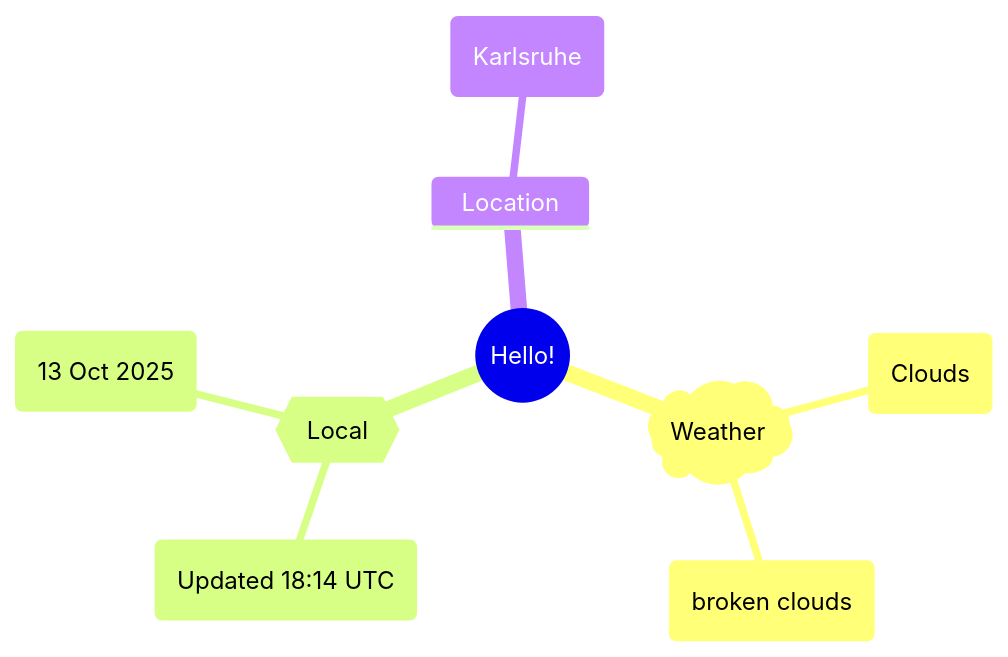
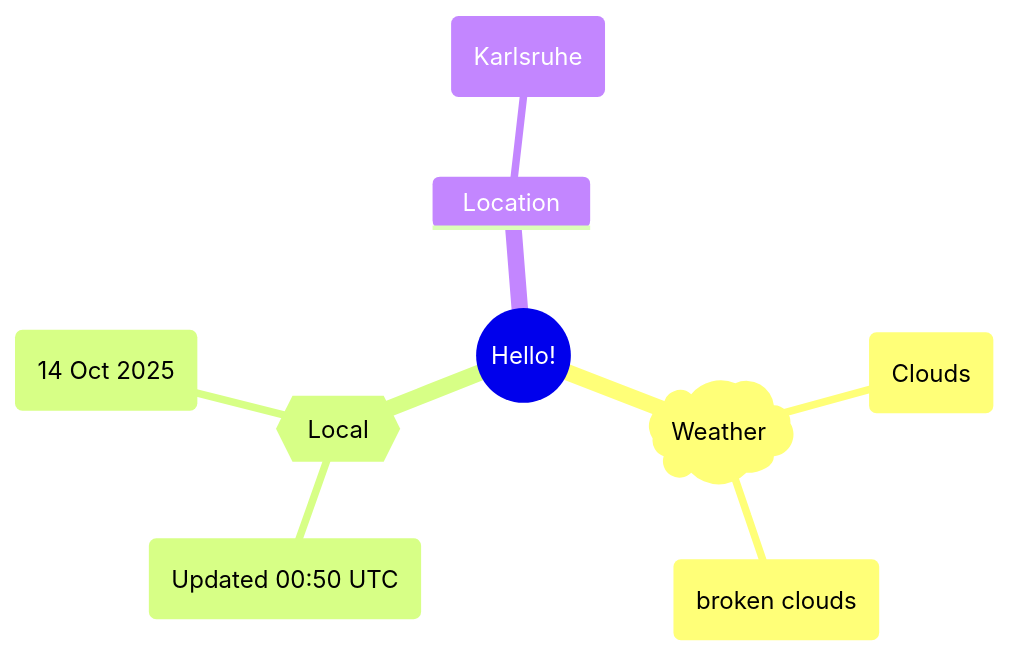
One commit to Xosrov/Xosrov changed the first of 2 diagrams in README.md. Above: the diagram before and after it, drawn with Mermaid.

Commit message:
[bot] updated images

````diff
--- a/README.md
+++ b/README.md
@@ -3,12 +3,12 @@
 ```mermaid
 mindmap
   root((Hello!))
     )Weather(
         (Clouds)
         (broken clouds)
     {{Local}}
-        (Updated 18:14 UTC)
-        (13 Oct 2025)
+        (Updated 00:50 UTC)
+        (14 Oct 2025)
     Location
         (Karlsruhe)
 ```
````
